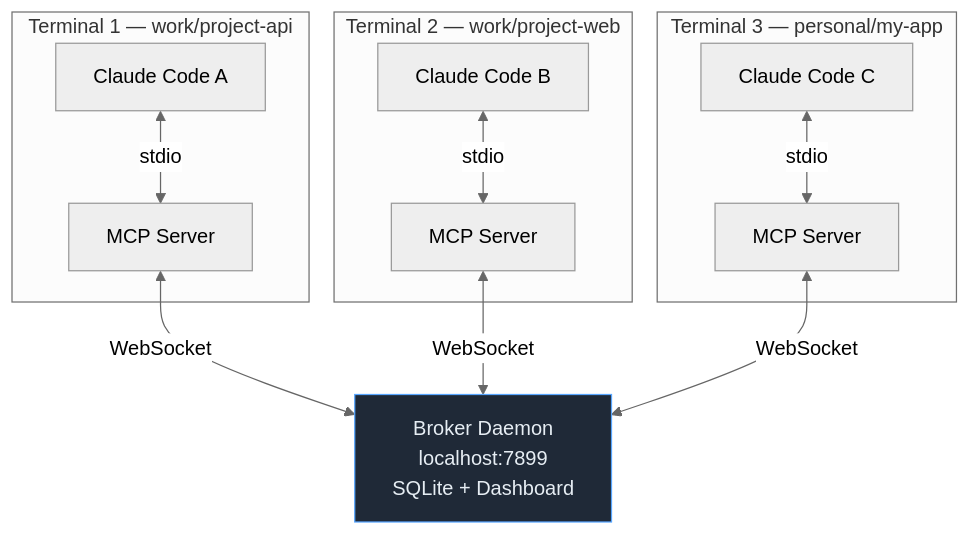
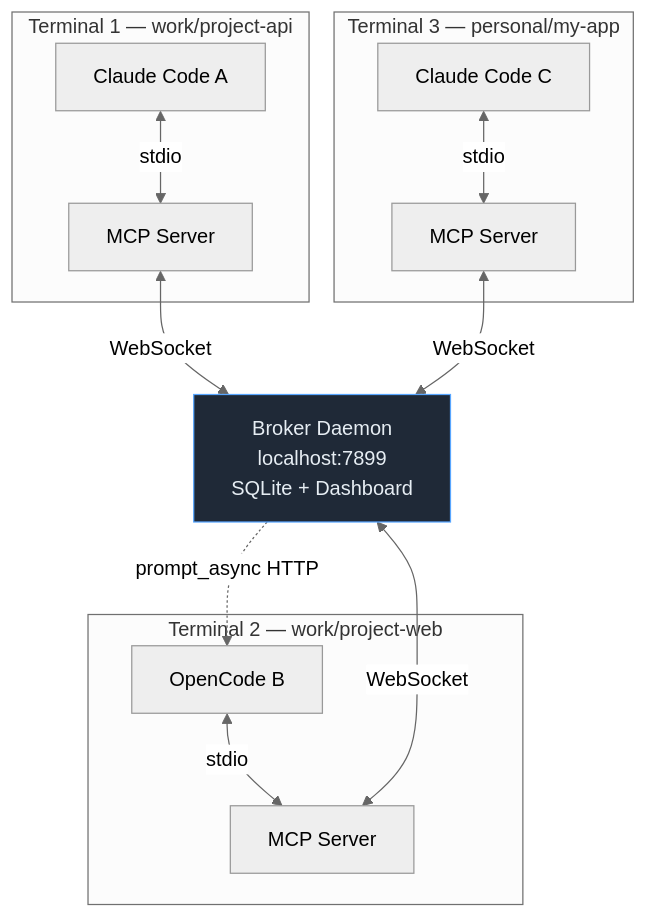
The first of 3 diagrams in README.md (RuneLind/claude-hivemind), drawn with Mermaid (neutral theme) before and after one commit. The commit also changed other lines of this file and 16 other files, not shown here.

````diff
--- a/README.md
+++ b/README.md
@@ -11,20 +11,21 @@
 ```mermaid
 graph TB
     subgraph "Terminal 1 — work/project-api"
         CA[Claude Code A] <-->|stdio| MCP_A[MCP Server]
     end
     subgraph "Terminal 2 — work/project-web"
-        CB[Claude Code B] <-->|stdio| MCP_B[MCP Server]
+        CB[OpenCode B] <-->|stdio| MCP_B[MCP Server]
     end
     subgraph "Terminal 3 — personal/my-app"
         CC[Claude Code C] <-->|stdio| MCP_C[MCP Server]
     end
 
     MCP_A <-->|WebSocket| Broker
     MCP_B <-->|WebSocket| Broker
     MCP_C <-->|WebSocket| Broker
+    Broker -.->|prompt_async HTTP| CB
 
     Broker[Broker Daemon<br/>localhost:7899<br/>SQLite + Dashboard]
 
     style Broker fill:#1f2937,stroke:#58a6ff,color:#e6edf3
 ```
````
